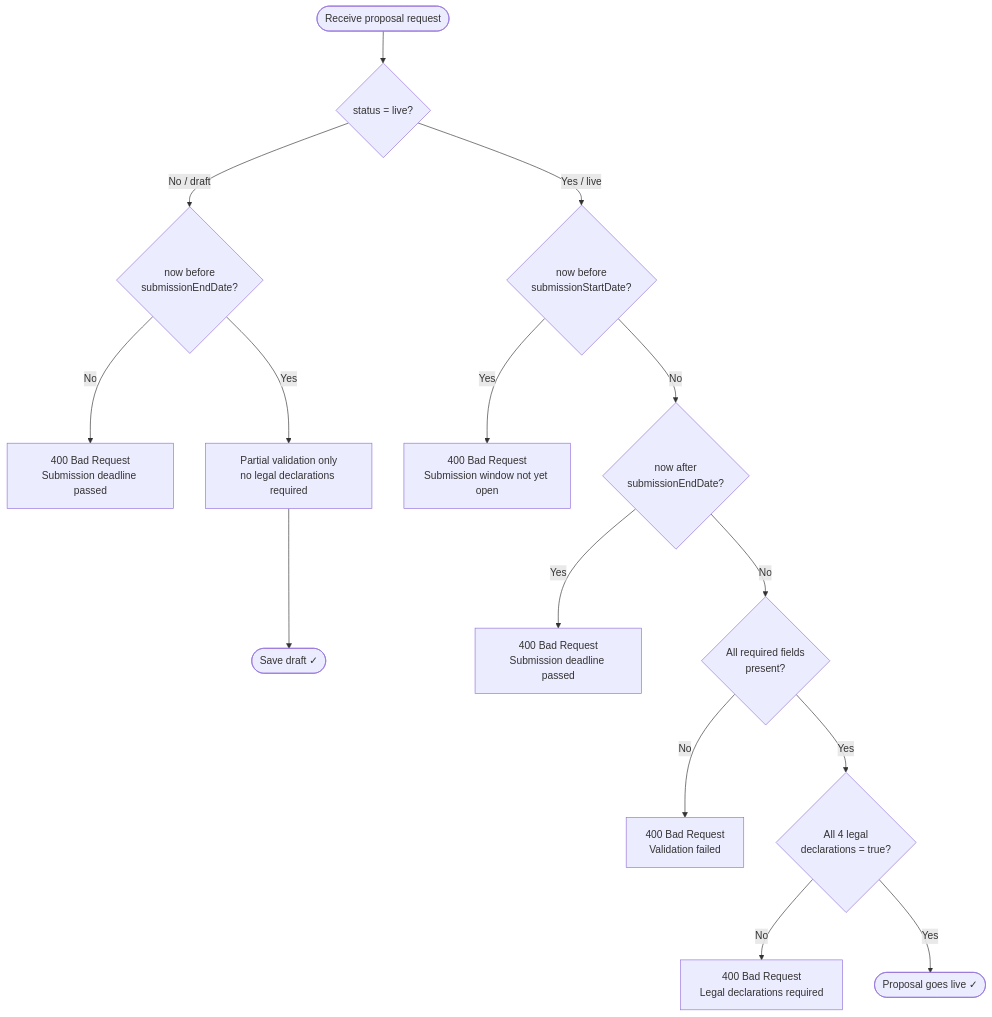
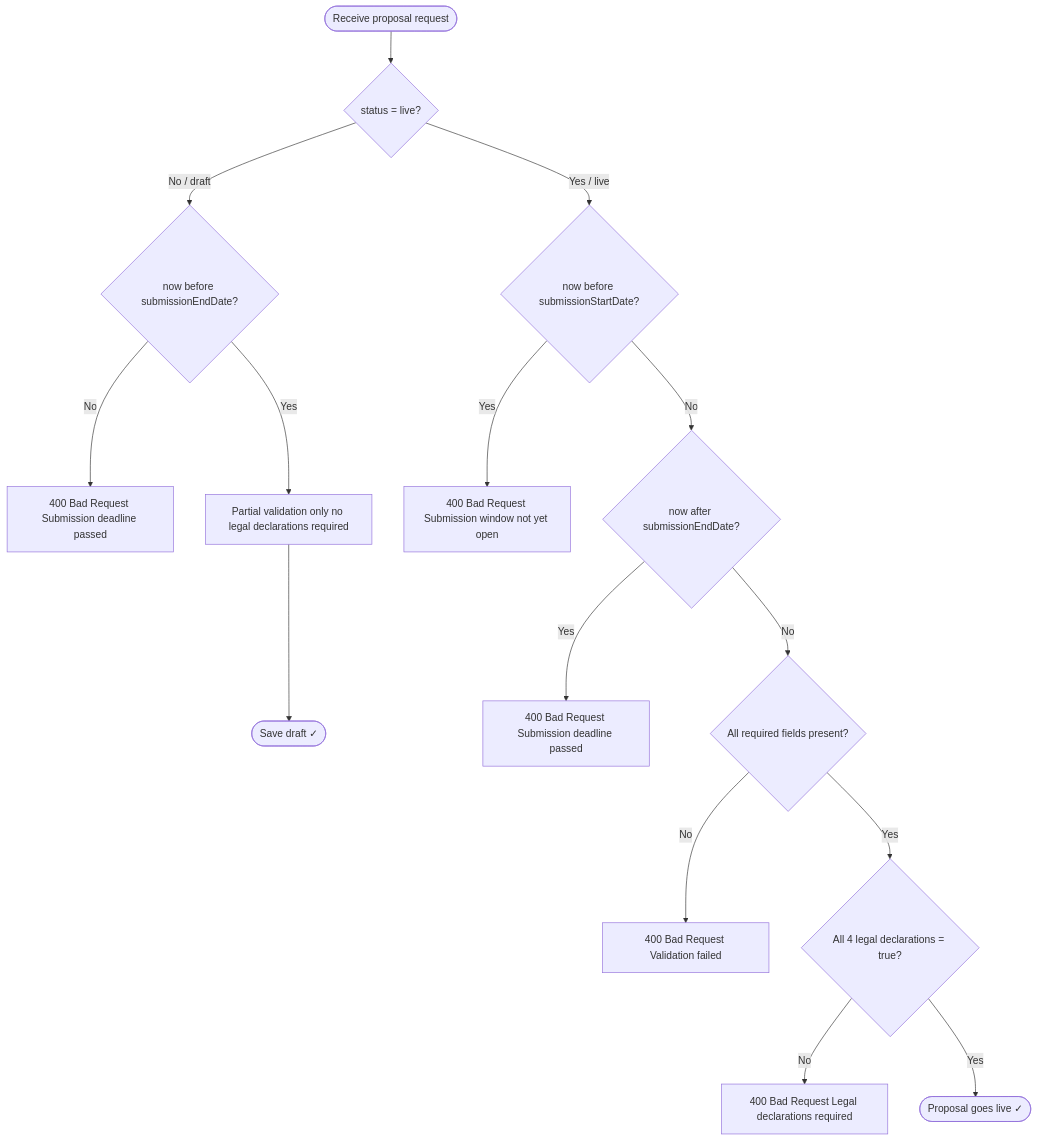
Before and after one commit to lerna-labs/ekklesia-proposal-module: the first of 8 diagrams in docs/proposal-flow.md, drawn with Mermaid. The commit also changed other lines of this file, not shown here.

Commit message:
GitHub is not rendering line breaks in Mermaid diagrams, updating to remove them.

````diff
--- a/docs/proposal-flow.md
+++ b/docs/proposal-flow.md
@@ -40,19 +40,19 @@
 ```mermaid
 flowchart TD
     A([Receive proposal request]) --> B{status = live?}
 
-    B -- No / draft --> C{now before\nsubmissionEndDate?}
-    C -- No --> D[400 Bad Request\nSubmission deadline passed]
-    C -- Yes --> E[Partial validation only\nno legal declarations required]
+    B -- No / draft --> C{now before submissionEndDate?}
+    C -- No --> D[400 Bad Request Submission deadline passed]
+    C -- Yes --> E[Partial validation only no legal declarations required]
     E --> F([Save draft ✓])
 
-    B -- Yes / live --> G{now before\nsubmissionStartDate?}
-    G -- Yes --> H[400 Bad Request\nSubmission window not yet open]
-    G -- No --> I{now after\nsubmissionEndDate?}
-    I -- Yes --> J[400 Bad Request\nSubmission deadline passed]
-    I -- No --> K{All required fields\npresent?}
-    K -- No --> L[400 Bad Request\nValidation failed]
-    K -- Yes --> M{All 4 legal\ndeclarations = true?}
-    M -- No --> N[400 Bad Request\nLegal declarations required]
+    B -- Yes / live --> G{now before submissionStartDate?}
+    G -- Yes --> H[400 Bad Request Submission window not yet open]
+    G -- No --> I{now after submissionEndDate?}
+    I -- Yes --> J[400 Bad Request Submission deadline passed]
+    I -- No --> K{All required fields present?}
+    K -- No --> L[400 Bad Request Validation failed]
+    K -- Yes --> M{All 4 legal declarations = true?}
+    M -- No --> N[400 Bad Request Legal declarations required]
     M -- Yes --> O([Proposal goes live ✓])
 ```
````
